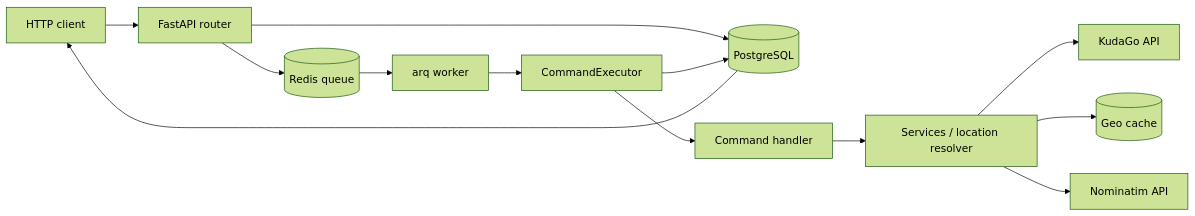
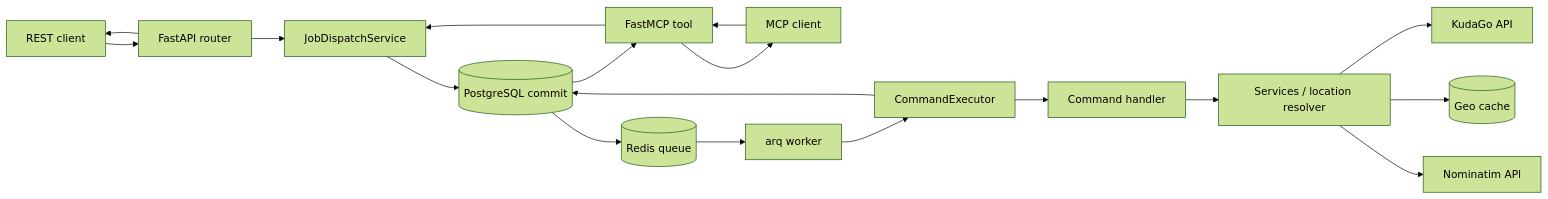
Before and after one commit to RawsTourix/kudago-nominatim-mcp-server: the diagram in docs/architecture.md, drawn with Mermaid (forest theme). The commit also changed other lines of this file and 40 other files, not shown here.

Commit message:
refactor(queue): unify REST and MCP job execution

````diff
--- a/docs/architecture.md
+++ b/docs/architecture.md
@@ -42,15 +41,20 @@
 ```mermaid
 flowchart LR
-    C[HTTP client] --> API[FastAPI router]
-    API --> DB[(PostgreSQL)]
-    API --> Q[(Redis queue)]
+    REST[REST client] --> API[FastAPI router]
+    MCP[MCP client] --> FM[FastMCP tool]
+    API --> D[JobDispatchService]
+    FM --> D
+    D --> DB[(PostgreSQL commit)]
+    DB --> Q[(Redis queue)]
     Q --> W[arq worker]
     W --> CE[CommandExecutor]
     CE --> H[Command handler]
     H --> LR[Services / location resolver]
     LR --> KG[KudaGo API]
     LR --> GC[(Geo cache)]
     LR --> NM[Nominatim API]
     CE --> DB
-    DB --> C
+    API --> REST
+    DB --> FM
+    FM --> MCP
 ```
````
